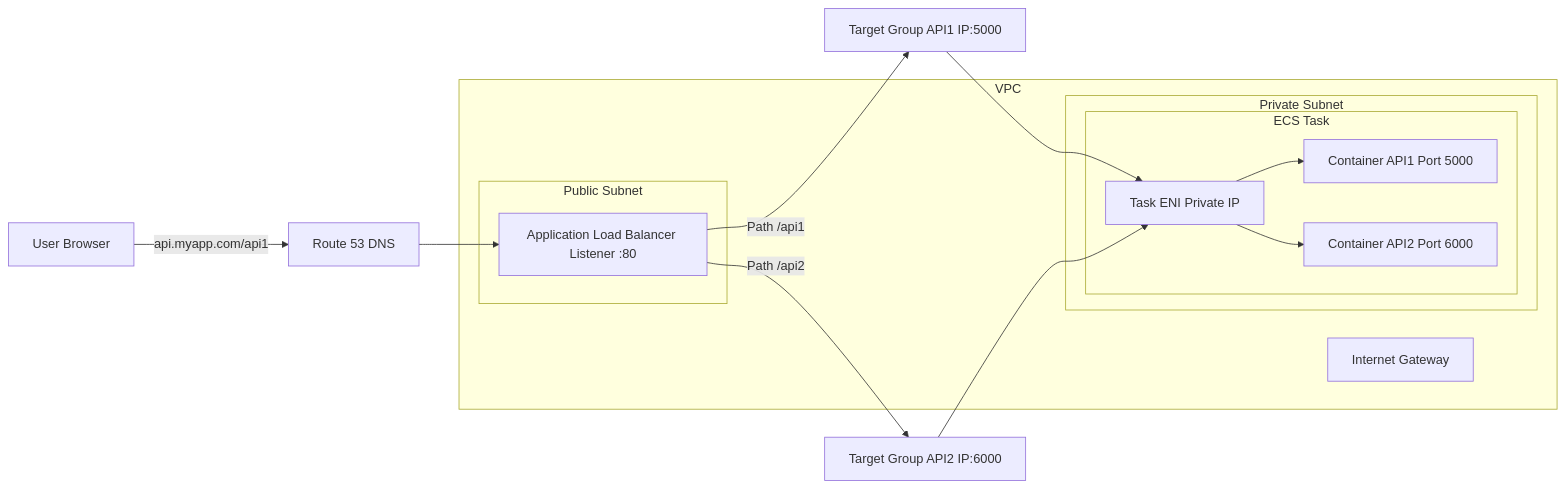
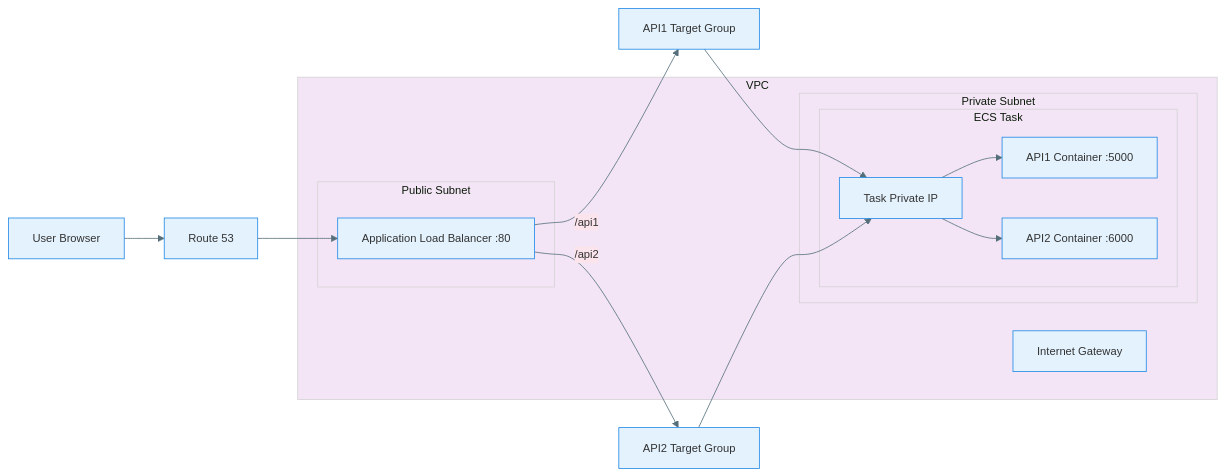
Before and after one commit to mohit853/iac-orchestator-containerized-web-app: the diagram in README.md, drawn with Mermaid. The commit also changed other lines of this file, not shown here.

Commit message:
Update architecture overview and diagram formatting

````diff
--- a/README.md
+++ b/README.md
@@ -21,35 +5,44 @@
 ```mermaid
+%%{init: {'theme':'base', 'themeVariables': {
+'primaryColor': '#e3f2fd',
+'primaryBorderColor': '#1e88e5',
+'lineColor': '#546e7a',
+'secondaryColor': '#fce4ec',
+'tertiaryColor': '#f3e5f5',
+'fontSize': '14px'
+}}}%%
+
 flowchart LR
 
 User[User Browser]
 
-DNS[Route 53 DNS]
+DNS[Route 53]
 
 subgraph VPC
     IGW[Internet Gateway]
 
     subgraph Public Subnet
-        ALB[Application Load Balancer Listener :80]
+        ALB[Application Load Balancer :80]
     end
 
     subgraph Private Subnet
         subgraph ECS Task
-            ENI[Task ENI Private IP]
-            API1[Container API1 Port 5000]
-            API2[Container API2 Port 6000]
+            ENI[Task Private IP]
+            API1[API1 Container :5000]
+            API2[API2 Container :6000]
         end
     end
 end
 
-TG1[Target Group API1 IP:5000]
-TG2[Target Group API2 IP:6000]
+TG1[API1 Target Group]
+TG2[API2 Target Group]
 
-User -->|api.myapp.com/api1| DNS
+User --> DNS
 DNS --> ALB
-ALB -->|Path /api1| TG1
-ALB -->|Path /api2| TG2
+ALB -->|/api1| TG1
+ALB -->|/api2| TG2
 TG1 --> ENI
 TG2 --> ENI
 ENI --> API1
 ENI --> API2
 ```
````
